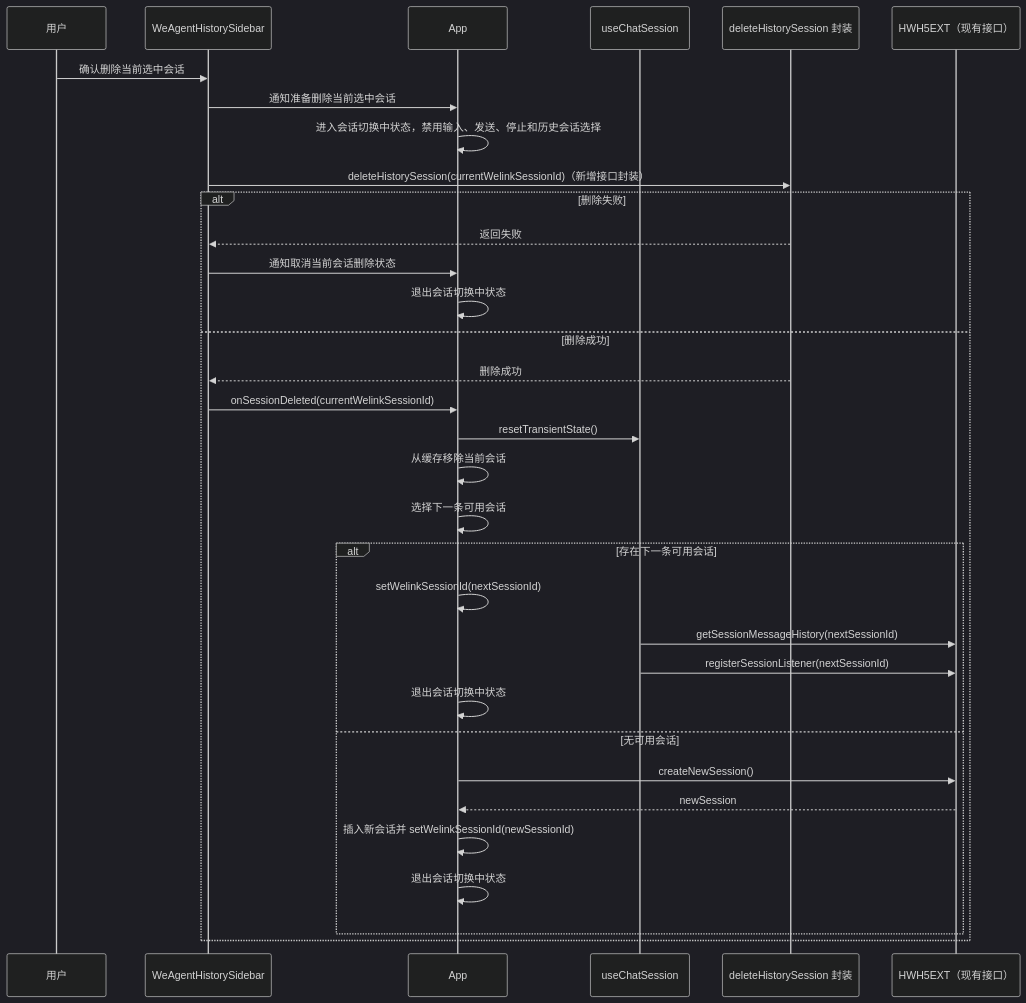
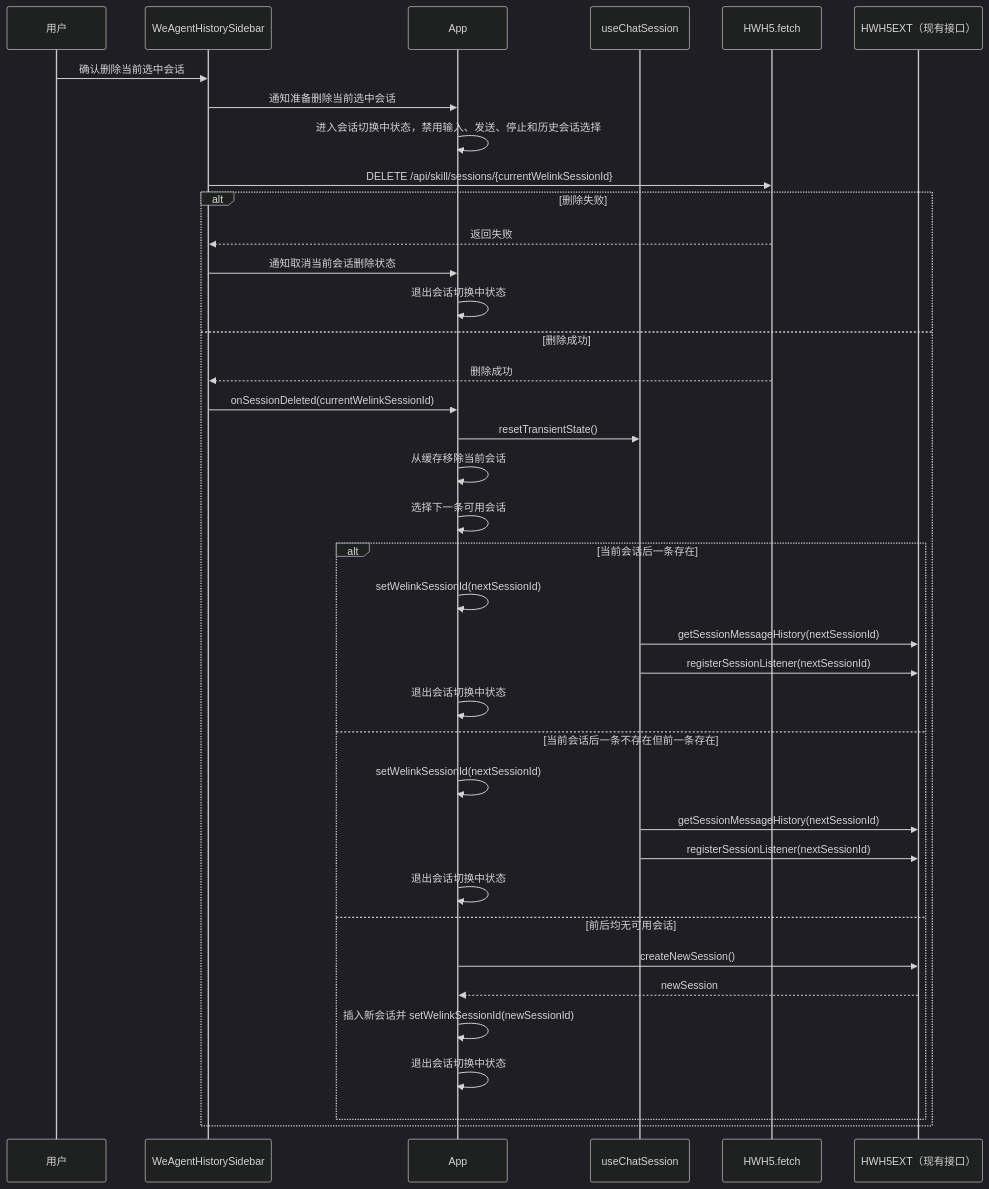
One commit to Abelsjcheng/skillSDK changed the fourth of 5 diagrams in ai-chat-viewer/docs/plans/2026-06-04-we-agent-history-session-delete-plan.md. Above: the diagram before and after it, drawn with Mermaid (dark theme). The commit also changed other lines of this file and 22 other files, not shown here.

Commit message:
feat(we-agent): support history session deletion

````diff
--- a/ai-chat-viewer/docs/plans/2026-06-04-we-agent-history-session-delete-plan.md
+++ b/ai-chat-viewer/docs/plans/2026-06-04-we-agent-history-session-delete-plan.md
@@ -137,37 +134,42 @@
 ```mermaid
 sequenceDiagram
     participant User as 用户
     participant Sidebar as WeAgentHistorySidebar
     participant App as App
     participant Chat as useChatSession
-    participant API as deleteHistorySession 封装
+    participant API as HWH5.fetch
     participant SDK as HWH5EXT（现有接口）
 
     User->>Sidebar: 确认删除当前选中会话
     Sidebar->>App: 通知准备删除当前选中会话
     App->>App: 进入会话切换中状态，禁用输入、发送、停止和历史会话选择
-    Sidebar->>API: deleteHistorySession(currentWelinkSessionId)（新增接口封装）
+    Sidebar->>API: DELETE /api/skill/sessions/{currentWelinkSessionId}
     alt 删除失败
         API-->>Sidebar: 返回失败
         Sidebar->>App: 通知取消当前会话删除状态
         App->>App: 退出会话切换中状态
     else 删除成功
         API-->>Sidebar: 删除成功
         Sidebar->>App: onSessionDeleted(currentWelinkSessionId)
         App->>Chat: resetTransientState()
         App->>App: 从缓存移除当前会话
         App->>App: 选择下一条可用会话
 
-        alt 存在下一条可用会话
+        alt 当前会话后一条存在
             App->>App: setWelinkSessionId(nextSessionId)
             Chat->>SDK: getSessionMessageHistory(nextSessionId)
             Chat->>SDK: registerSessionListener(nextSessionId)
             App->>App: 退出会话切换中状态
-        else 无可用会话
+        else 当前会话后一条不存在但前一条存在
+            App->>App: setWelinkSessionId(nextSessionId)
+            Chat->>SDK: getSessionMessageHistory(nextSessionId)
+            Chat->>SDK: registerSessionListener(nextSessionId)
+            App->>App: 退出会话切换中状态
+        else 前后均无可用会话
             App->>SDK: createNewSession()
             SDK-->>App: newSession
             App->>App: 插入新会话并 setWelinkSessionId(newSessionId)
             App->>App: 退出会话切换中状态
         end
     end
 ```
````
